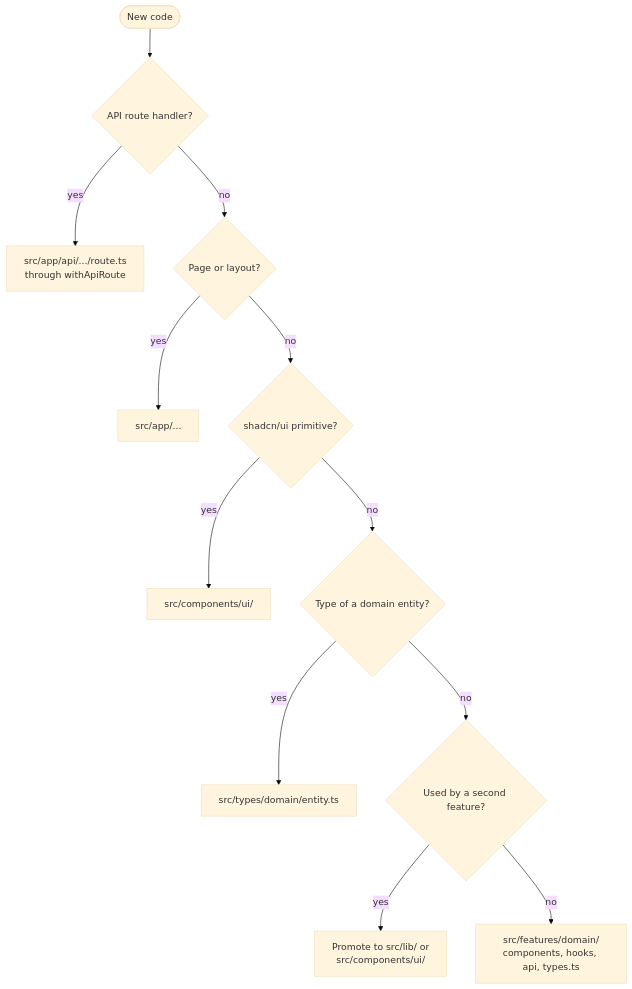
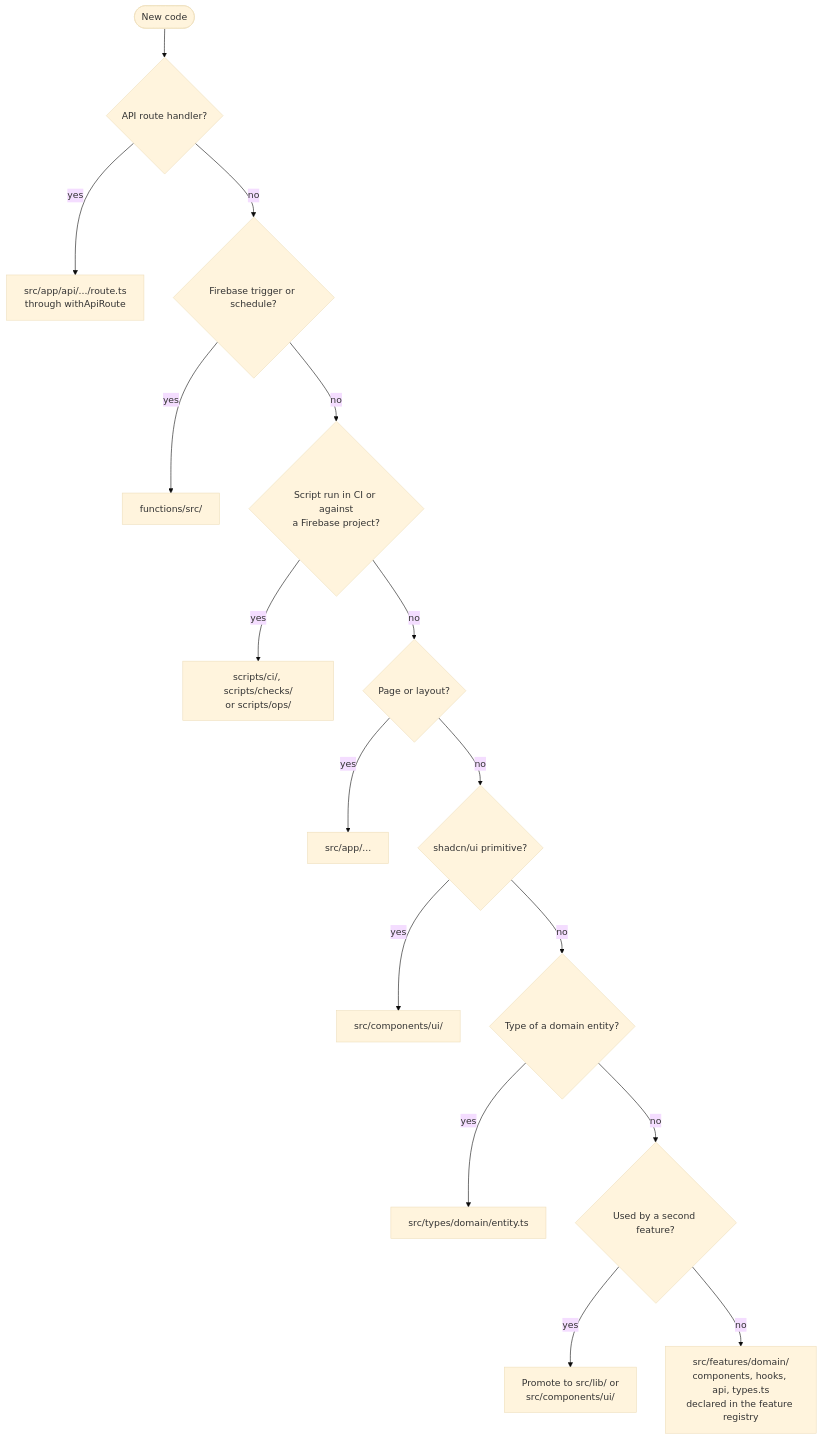
The second of 2 diagrams in src/templates/shared/steering/rules/itg/git-and-code-quality.md (Improve-To-Grow/MUSUBI), drawn with Mermaid (base theme) before and after one commit. The commit also changed other lines of this file and 57 other files, not shown here.

````diff
--- a/src/templates/shared/steering/rules/itg/git-and-code-quality.md
+++ b/src/templates/shared/steering/rules/itg/git-and-code-quality.md
@@ -44,14 +49,18 @@
 ```mermaid
 flowchart TD
     C([New code]) --> R{API route handler?}
     R -- yes --> API[src/app/api/.../route.ts<br/>through withApiRoute]
-    R -- no --> PG{Page or layout?}
+    R -- no --> FT{Firebase trigger or schedule?}
+    FT -- yes --> FNS[functions/src/]
+    FT -- no --> SC{Script run in CI or against<br/>a Firebase project?}
+    SC -- yes --> SCR[scripts/ci/, scripts/checks/<br/>or scripts/ops/]
+    SC -- no --> PG{Page or layout?}
     PG -- yes --> APP[src/app/...]
     PG -- no --> UI{shadcn/ui primitive?}
     UI -- yes --> CUI[src/components/ui/]
     UI -- no --> TY{Type of a domain entity?}
     TY -- yes --> TYP[src/types/domain/entity.ts]
     TY -- no --> SH{Used by a second feature?}
     SH -- yes --> LIB[Promote to src/lib/ or<br/>src/components/ui/]
-    SH -- no --> FEAT[src/features/domain/<br/>components, hooks, api, types.ts]
+    SH -- no --> FEAT[src/features/domain/<br/>components, hooks, api, types.ts<br/>declared in the feature registry]
 ```
````
